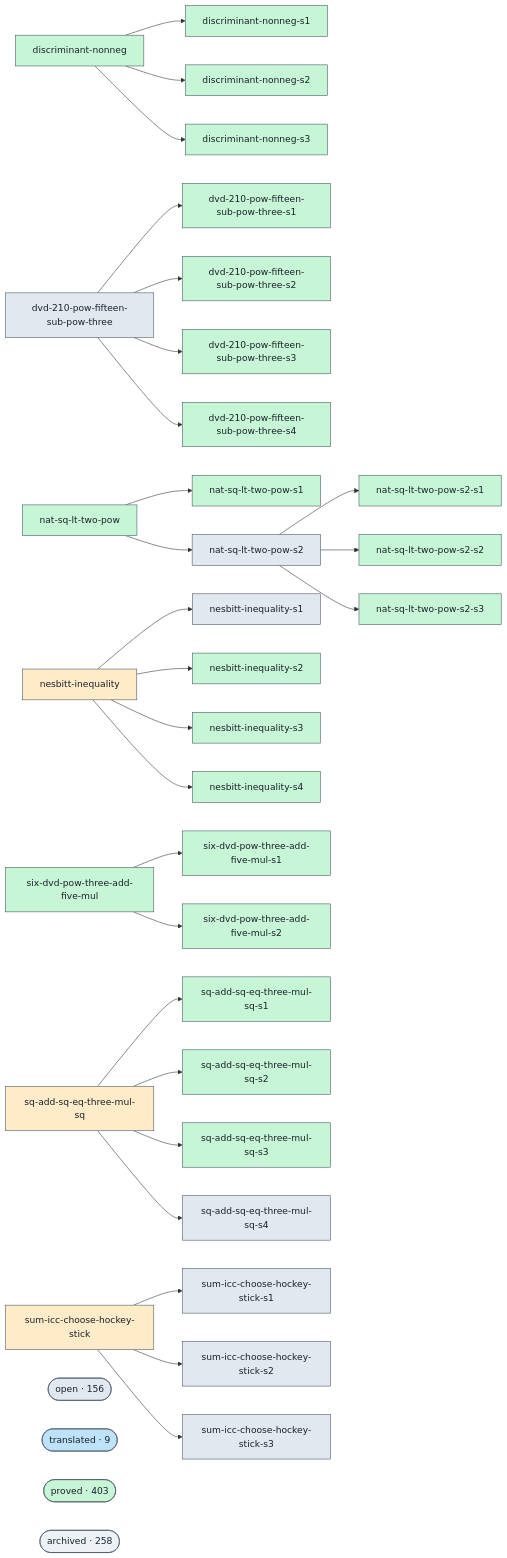
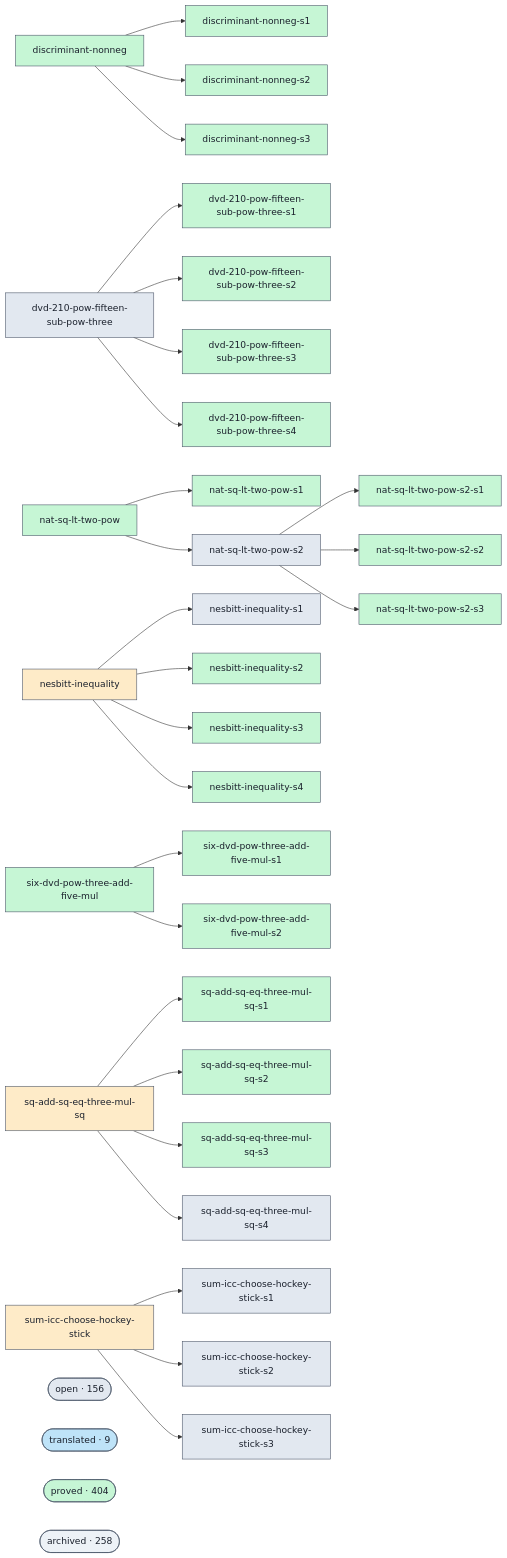
The diagram in docs/proofs-contributors-visualisation.md (ohdearquant/unsorry), drawn with Mermaid before and after one commit. The commit also changed other lines of this file and 2 other files, not shown here.

```diff
--- a/docs/proofs-contributors-visualisation.md
+++ b/docs/proofs-contributors-visualisation.md
@@ -147,7 +147,7 @@
   class cluster_open open;
   cluster_translated(["translated · 9"])
   class cluster_translated translated;
-  cluster_proved(["proved · 403"])
+  cluster_proved(["proved · 404"])
   class cluster_proved proved;
   cluster_archived(["archived · 258"])
   class cluster_archived unknown;
```
